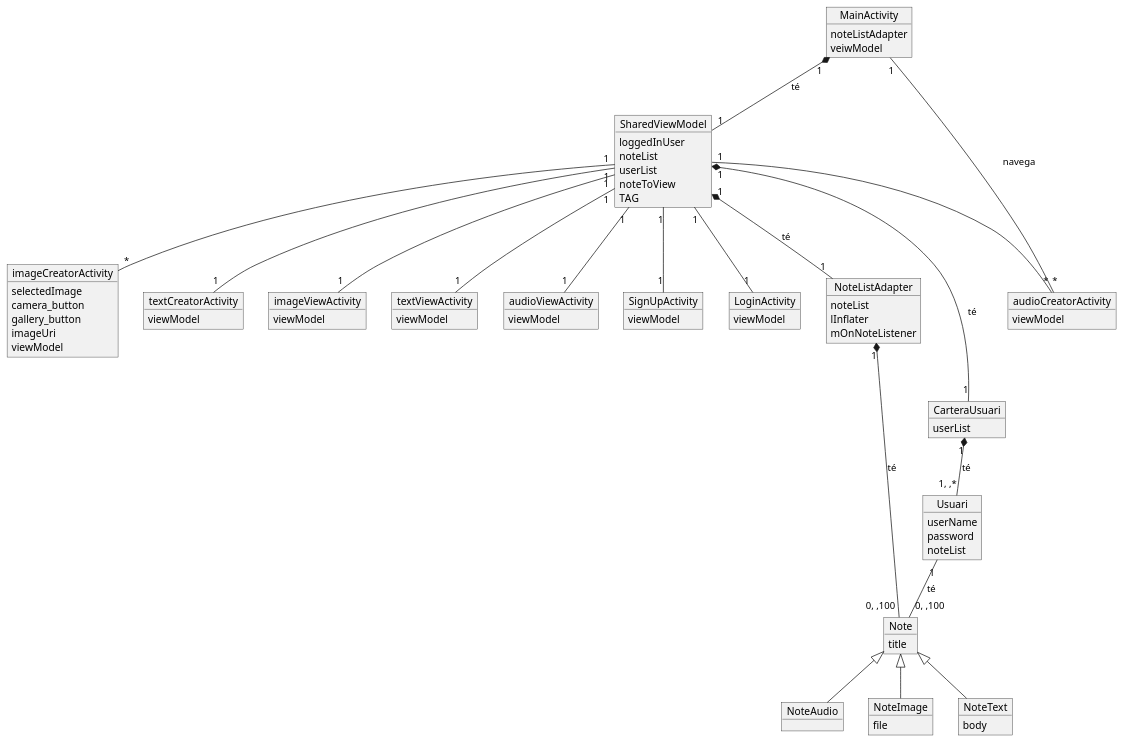
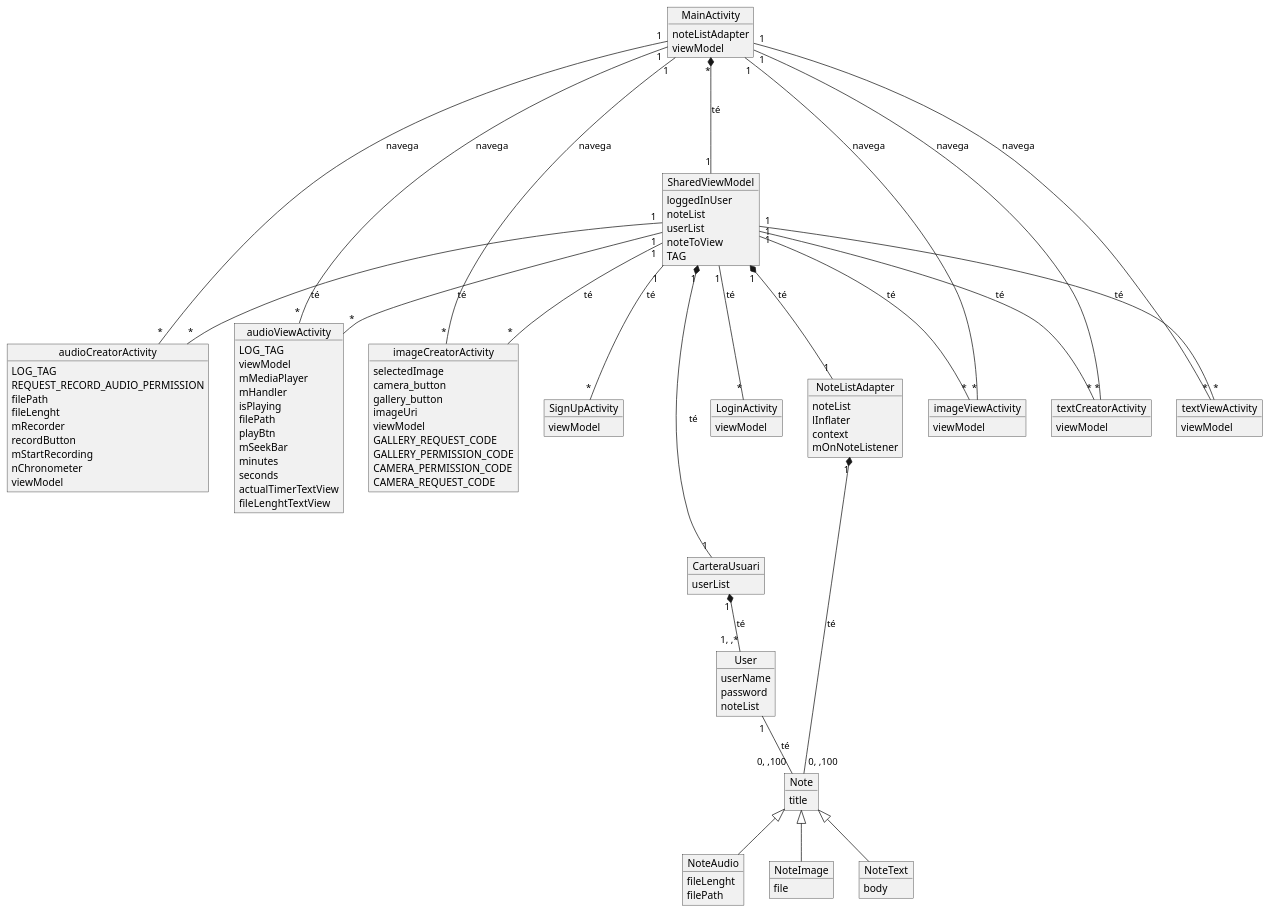
One commit to martialtimira/PIS_AppNotes changed the diagram in doc/Domain Model.puml. Above: the diagram before and after it, drawn with PlantUML. The commit also changed 1 other file, not shown here.

Commit message:
Domain Model implementado

```diff
--- a/doc/Domain Model.puml
+++ b/doc/Domain Model.puml
@@ -1,110 +1,146 @@
 @startuml
-object MainActivity{
-noteListAdapter
-veiwModel
+
+object Note{
+title
+}
+
+object NoteAudio{
+fileLenght
+filePath
+}
+
+object NoteImage{
+file
+}
+
+object NoteText{
+body
+}
+
+object audioCreatorActivity{
+LOG_TAG
+REQUEST_RECORD_AUDIO_PERMISSION
+filePath
+fileLenght
+mRecorder
+recordButton
+mStartRecording
+nChronometer
+viewModel
+}
+
+object audioViewActivity{
+LOG_TAG
+viewModel
+mMediaPlayer
+mHandler
+isPlaying
+filePath
+playBtn
+mSeekBar
+minutes
+seconds
+actualTimerTextView
+fileLenghtTextView
 }
 
 object CarteraUsuari{
 userList
-}
-
-object Usuari{
-userName
-password
-noteList
 }
 
 object imageCreatorActivity{
 selectedImage
 camera_button
 gallery_button
 imageUri
 viewModel
-}
-
-object textCreatorActivity{
-viewModel
-}
-
-object audioCreatorActivity{
-viewModel
+GALLERY_REQUEST_CODE
+GALLERY_PERMISSION_CODE
+CAMERA_PERMISSION_CODE
+CAMERA_REQUEST_CODE
 }
 
 object imageViewActivity{
 viewModel
 }
 
-object textViewActivity{
+object LoginActivity{
 viewModel
 }
 
-object audioViewActivity{
+object MainActivity{
+noteListAdapter
 viewModel
 }
 
-object SignUpActivity{
-viewModel
-}
-
-object LoginActivity{
-viewModel
+object NoteListAdapter{
+noteList
+lInflater
+context
+mOnNoteListener
 }
 
 object SharedViewModel{
 loggedInUser
 noteList
 userList
 noteToView
 TAG
 }
 
-object NoteListAdapter{
-noteList
-lInflater
-mOnNoteListener
+object SignUpActivity{
+viewModel
 }
 
-object Note{
-title
+object textCreatorActivity{
+viewModel
 }
 
-object NoteAudio{
-
+object textViewActivity{
+viewModel
 }
 
-object NoteImage{
-file
+object User{
+userName
+password
+noteList
 }
 
-object NoteText{
-body
-}
 
-CarteraUsuari "1" *-- "1, ,*" Usuari : té
-Usuari "1" -- "0, ,100" Note: té
+CarteraUsuari "1" *-- "1, ,*" User : té
+User "1" -- "0, ,100" Note: té
 
 Note <|-- NoteText
 Note <|-- NoteAudio
 Note <|-- NoteImage
 
 
-MainActivity "1" *-- "1" SharedViewModel : té
+MainActivity "*" *-- "1" SharedViewModel : té
+
 SharedViewModel "1" *-- "1" NoteListAdapter : té
 SharedViewModel "1" *--- "1" CarteraUsuari : té
 NoteListAdapter "1" *---- "0, ,100" Note : té
 
-SharedViewModel "1" -- "*" imageCreatorActivity
-SharedViewModel "1" -- "*" audioCreatorActivity
-SharedViewModel "1" -- "1" textCreatorActivity
+SharedViewModel "1" -- "*" imageCreatorActivity : té
+SharedViewModel "1" -- "*" audioCreatorActivity : té
+SharedViewModel "1" -- "*" textCreatorActivity : té
 
-SharedViewModel "1" -- "1" imageViewActivity
-SharedViewModel "1" -- "1" audioViewActivity
-SharedViewModel "1" -- "1" textViewActivity
+SharedViewModel "1" -- "*" imageViewActivity : té
+SharedViewModel "1" -- "*" audioViewActivity : té
+SharedViewModel "1" -- "*" textViewActivity : té
 
-SharedViewModel "1" -- "1" LoginActivity
-SharedViewModel "1" -- "1" SignUpActivity
+SharedViewModel "1" -- "*" LoginActivity : té
+SharedViewModel "1" -- "*" SignUpActivity : té
 
-audioCreatorActivity "*" -- "1" MainActivity : navega
+MainActivity "1" ---- "*" audioCreatorActivity: navega
+MainActivity "1" ---- "*" imageCreatorActivity: navega
+MainActivity "1" ---- "*" textCreatorActivity: navega
+
+MainActivity "1" ---- "*" audioViewActivity: navega
+MainActivity "1" ---- "*" imageViewActivity: navega
+MainActivity "1" ---- "*" textViewActivity: navega
+
+
 
 
 @enduml
```
